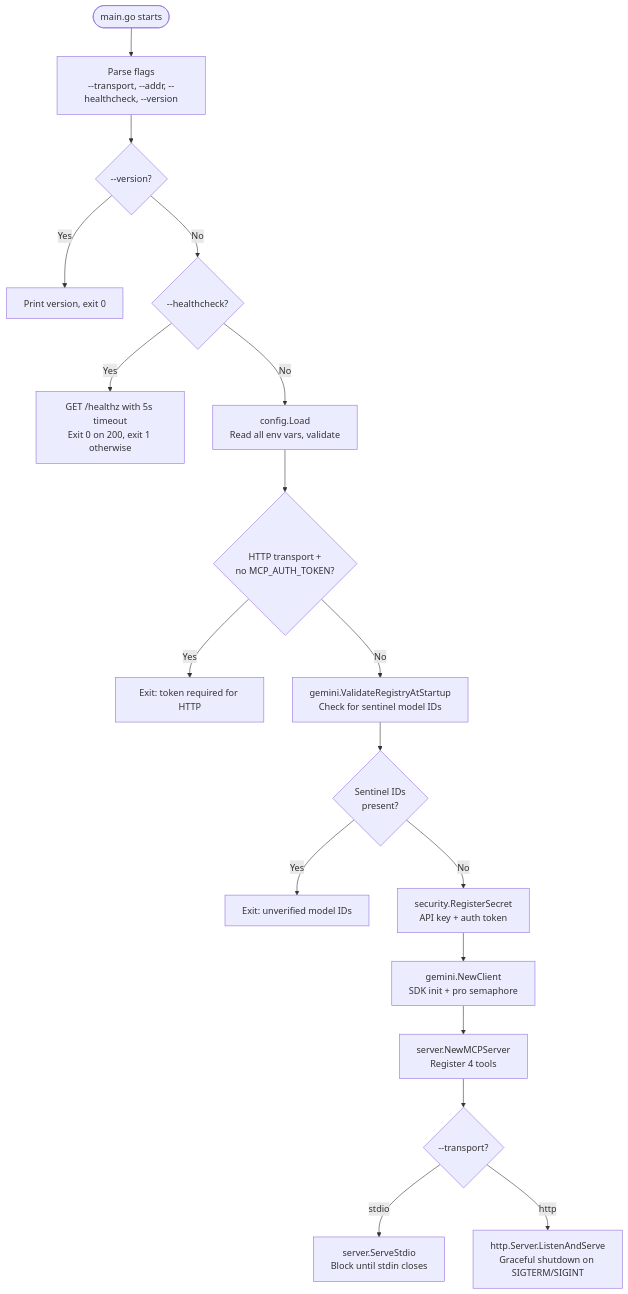
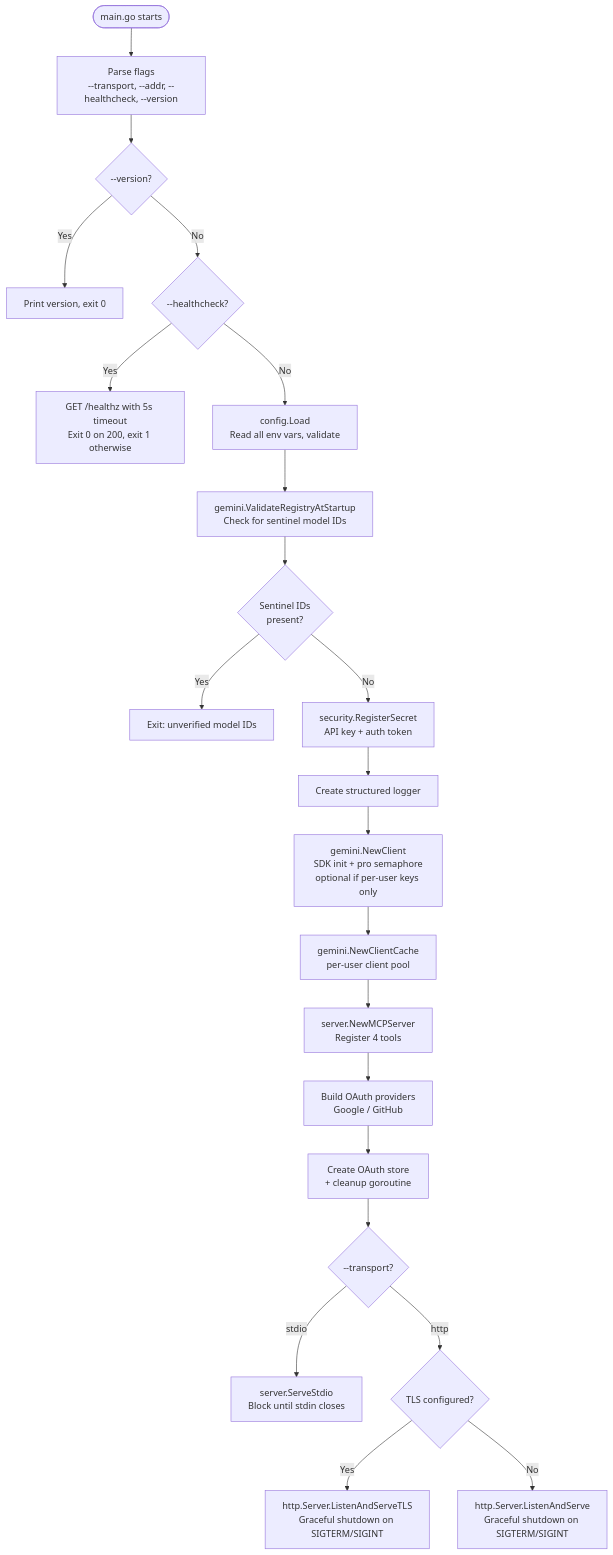
One commit to reshinto/mcp-banana changed the diagram in docs/diagrams/startup-sequence.mmd. Above: the diagram before and after it, drawn with Mermaid. The commit also changed 13 other files, not shown here.

Commit message:
Update all mermaid diagrams for OAuth, per-user keys, and TLS

```diff
--- a/docs/diagrams/startup-sequence.mmd
+++ b/docs/diagrams/startup-sequence.mmd
@@ -1,18 +1,22 @@
 flowchart TD
     START([main.go starts]) --> FLAGS[Parse flags<br/>--transport, --addr, --healthcheck, --version]
     FLAGS --> VERSION{--version?}
     VERSION -->|Yes| PRINT_VER[Print version, exit 0]
     VERSION -->|No| HEALTH{--healthcheck?}
     HEALTH -->|Yes| HTTP_GET[GET /healthz with 5s timeout<br/>Exit 0 on 200, exit 1 otherwise]
     HEALTH -->|No| LOAD[config.Load<br/>Read all env vars, validate]
-    LOAD --> AUTH_CHECK{HTTP transport +<br/>no MCP_AUTH_TOKEN?}
-    AUTH_CHECK -->|Yes| FAIL_AUTH[Exit: token required for HTTP]
-    AUTH_CHECK -->|No| VALIDATE[gemini.ValidateRegistryAtStartup<br/>Check for sentinel model IDs]
+    LOAD --> VALIDATE[gemini.ValidateRegistryAtStartup<br/>Check for sentinel model IDs]
     VALIDATE --> SENTINEL{Sentinel IDs<br/>present?}
     SENTINEL -->|Yes| FAIL_SENTINEL[Exit: unverified model IDs]
     SENTINEL -->|No| SECRETS[security.RegisterSecret<br/>API key + auth token]
-    SECRETS --> CLIENT[gemini.NewClient<br/>SDK init + pro semaphore]
-    CLIENT --> MCP_SRV[server.NewMCPServer<br/>Register 4 tools]
-    MCP_SRV --> TRANSPORT{--transport?}
+    SECRETS --> LOGGER[Create structured logger]
+    LOGGER --> CLIENT[gemini.NewClient<br/>SDK init + pro semaphore<br/>optional if per-user keys only]
+    CLIENT --> CACHE[gemini.NewClientCache<br/>per-user client pool]
+    CACHE --> MCP_SRV[server.NewMCPServer<br/>Register 4 tools]
+    MCP_SRV --> OAUTH_BUILD[Build OAuth providers<br/>Google / GitHub]
+    OAUTH_BUILD --> OAUTH_STORE[Create OAuth store<br/>+ cleanup goroutine]
+    OAUTH_STORE --> TRANSPORT{--transport?}
     TRANSPORT -->|stdio| STDIO[server.ServeStdio<br/>Block until stdin closes]
-    TRANSPORT -->|http| HTTP_SRV[http.Server.ListenAndServe<br/>Graceful shutdown on SIGTERM/SIGINT]
+    TRANSPORT -->|http| TLS{TLS configured?}
+    TLS -->|Yes| HTTPS[http.Server.ListenAndServeTLS<br/>Graceful shutdown on SIGTERM/SIGINT]
+    TLS -->|No| HTTP_SRV[http.Server.ListenAndServe<br/>Graceful shutdown on SIGTERM/SIGINT]
```
